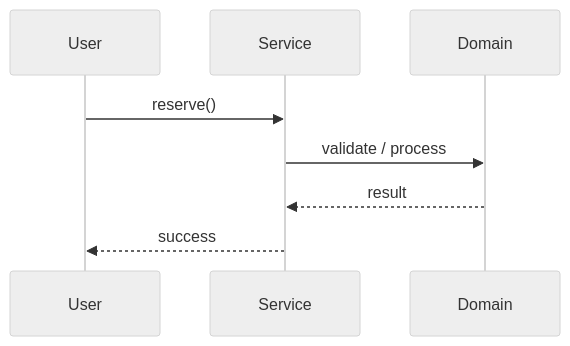
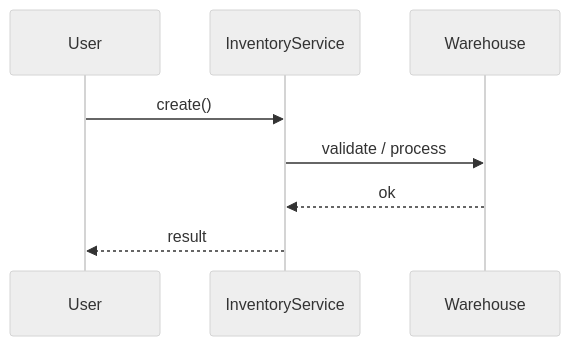
One commit to madhupaila/Interview-Prep-SSE changed the second of 3 diagrams in Learn/System Design - Low Level Design/02-classic-ood/questions/Q23-inventory-management.md. Above: the diagram before and after it, drawn with Mermaid (neutral theme). The commit also changed other lines of this file and 491 other files, not shown here.

````diff
--- a/Learn/System Design - Low Level Design/02-classic-ood/questions/Q23-inventory-management.md
+++ b/Learn/System Design - Low Level Design/02-classic-ood/questions/Q23-inventory-management.md
@@ -122,10 +146,10 @@
 ```mermaid
 sequenceDiagram
-    participant U as User
-    participant S as Service
-    participant D as Domain
-    U->>S: reserve()
-    S->>D: validate / process
-    D-->>S: result
-    S-->>U: success
+participant U as User
+participant S as InventoryService
+participant D as Warehouse
+U->>S: create()
+S->>D: validate / process
+D-->>S: ok
+S-->>U: result
 ```
````
